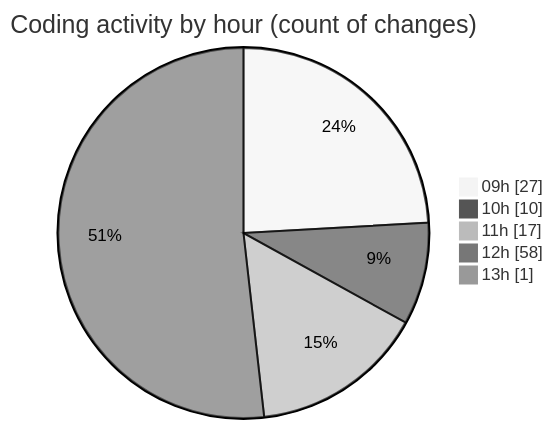
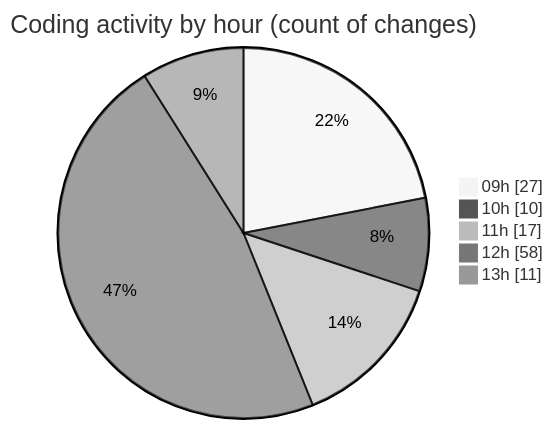
One commit to momahboobian/code-tracking changed the second of 2 diagrams in 2026-05-15/cda/README.md. Above: the diagram before and after it, drawn with Mermaid (neutral theme). The commit also changed other lines of this file and 1 other file, not shown here.

````diff
--- a/2026-05-15/cda/README.md
+++ b/2026-05-15/cda/README.md
@@ -57,9 +57,9 @@
 ```mermaid
 pie showData
 title Coding activity by hour (count of changes)
 "09h" : 27
 "10h" : 10
 "11h" : 17
 "12h" : 58
-"13h" : 1
+"13h" : 11
 ```
````
